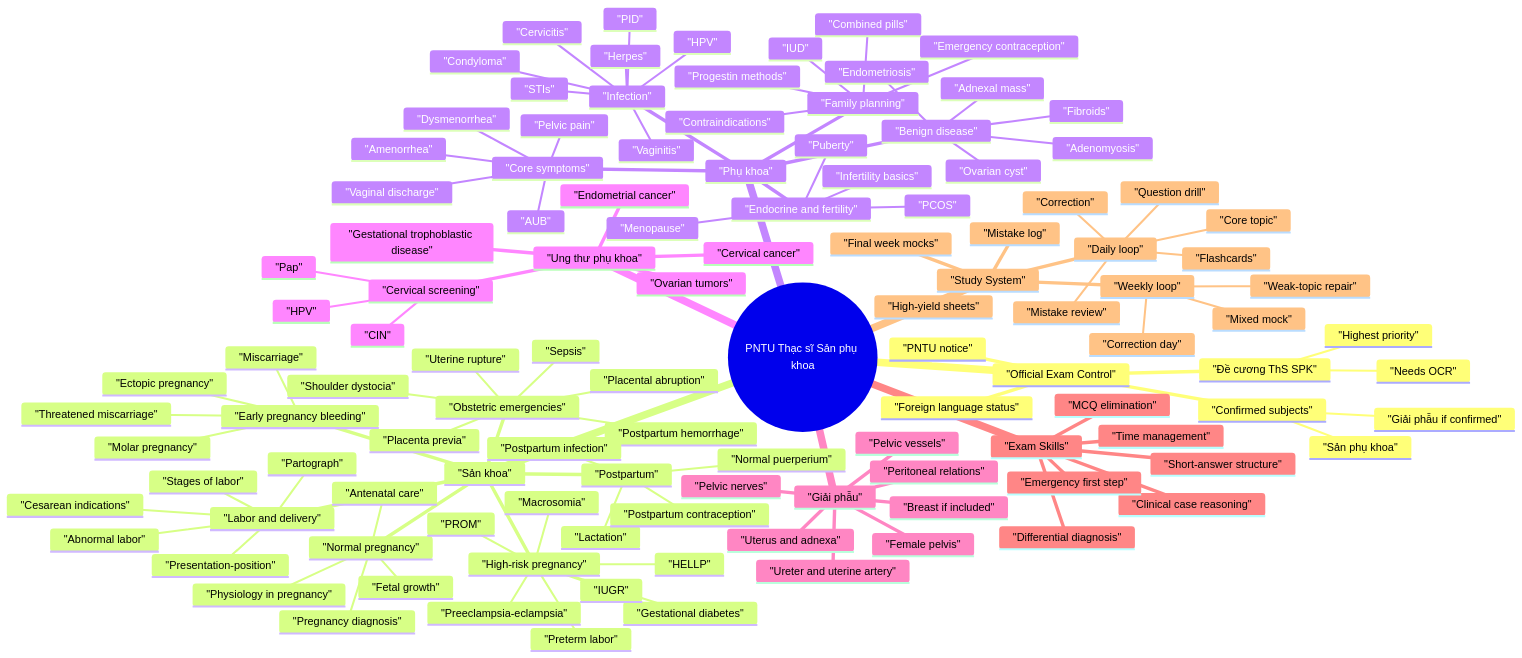
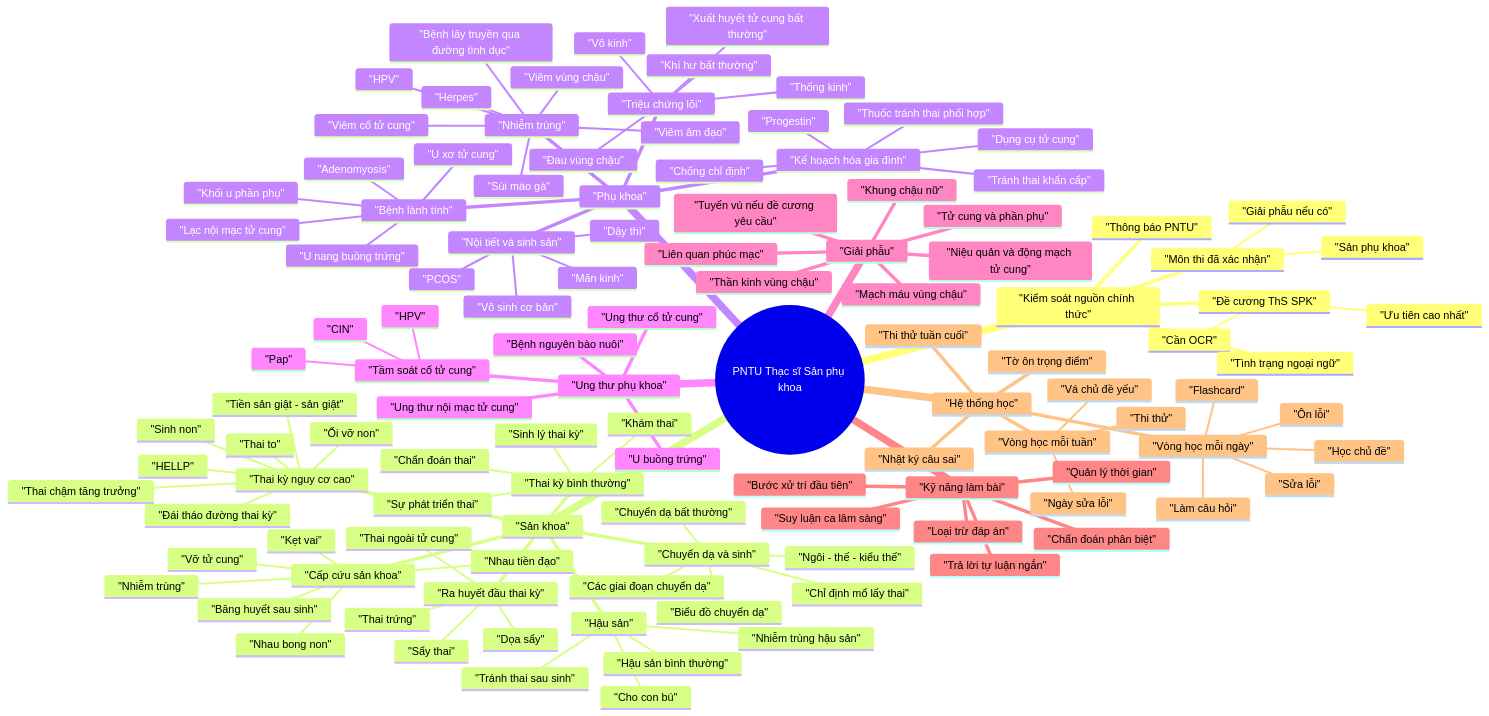
The diagram in knowledge-mind-map-san-phu-khoa.md (Thuandeptrai/PNT-DOCS), drawn with Mermaid before and after one commit. The commit also changed other lines of this file and 4 other files, not shown here.

````diff
--- a/knowledge-mind-map-san-phu-khoa.md
+++ b/knowledge-mind-map-san-phu-khoa.md
@@ -16,120 +17,120 @@
 ```mermaid
 mindmap
   root(("PNTU Thạc sĩ Sản phụ khoa"))
-    "Official Exam Control"
-      "PNTU notice"
+    "Kiểm soát nguồn chính thức"
+      "Thông báo PNTU"
       "Đề cương ThS SPK"
-        "Needs OCR"
-        "Highest priority"
-      "Confirmed subjects"
+        "Cần OCR"
+        "Ưu tiên cao nhất"
+      "Môn thi đã xác nhận"
         "Sản phụ khoa"
-        "Giải phẫu if confirmed"
-      "Foreign language status"
+        "Giải phẫu nếu có"
+      "Tình trạng ngoại ngữ"
     "Sản khoa"
-      "Normal pregnancy"
-        "Physiology in pregnancy"
-        "Antenatal care"
-        "Pregnancy diagnosis"
-        "Fetal growth"
-      "Labor and delivery"
-        "Stages of labor"
-        "Presentation-position"
-        "Partograph"
-        "Abnormal labor"
-        "Cesarean indications"
-      "Early pregnancy bleeding"
-        "Threatened miscarriage"
-        "Miscarriage"
-        "Ectopic pregnancy"
-        "Molar pregnancy"
-      "High-risk pregnancy"
-        "Preeclampsia-eclampsia"
+      "Thai kỳ bình thường"
+        "Sinh lý thai kỳ"
+        "Khám thai"
+        "Chẩn đoán thai"
+        "Sự phát triển thai"
+      "Chuyển dạ và sinh"
+        "Các giai đoạn chuyển dạ"
+        "Ngôi - thế - kiểu thế"
+        "Biểu đồ chuyển dạ"
+        "Chuyển dạ bất thường"
+        "Chỉ định mổ lấy thai"
+      "Ra huyết đầu thai kỳ"
+        "Dọa sẩy"
+        "Sẩy thai"
+        "Thai ngoài tử cung"
+        "Thai trứng"
+      "Thai kỳ nguy cơ cao"
+        "Tiền sản giật - sản giật"
         "HELLP"
-        "Gestational diabetes"
-        "IUGR"
-        "Macrosomia"
-        "Preterm labor"
-        "PROM"
-      "Obstetric emergencies"
-        "Placenta previa"
-        "Placental abruption"
-        "Postpartum hemorrhage"
-        "Uterine rupture"
-        "Shoulder dystocia"
-        "Sepsis"
-      "Postpartum"
-        "Normal puerperium"
-        "Postpartum infection"
-        "Lactation"
-        "Postpartum contraception"
+        "Đái tháo đường thai kỳ"
+        "Thai chậm tăng trưởng"
+        "Thai to"
+        "Sinh non"
+        "Ối vỡ non"
+      "Cấp cứu sản khoa"
+        "Nhau tiền đạo"
+        "Nhau bong non"
+        "Băng huyết sau sinh"
+        "Vỡ tử cung"
+        "Kẹt vai"
+        "Nhiễm trùng"
+      "Hậu sản"
+        "Hậu sản bình thường"
+        "Nhiễm trùng hậu sản"
+        "Cho con bú"
+        "Tránh thai sau sinh"
     "Phụ khoa"
-      "Core symptoms"
-        "AUB"
-        "Amenorrhea"
-        "Dysmenorrhea"
-        "Pelvic pain"
-        "Vaginal discharge"
-      "Infection"
-        "Vaginitis"
-        "Cervicitis"
-        "PID"
-        "STIs"
+      "Triệu chứng lõi"
+        "Xuất huyết tử cung bất thường"
+        "Vô kinh"
+        "Thống kinh"
+        "Đau vùng chậu"
+        "Khí hư bất thường"
+      "Nhiễm trùng"
+        "Viêm âm đạo"
+        "Viêm cổ tử cung"
+        "Viêm vùng chậu"
+        "Bệnh lây truyền qua đường tình dục"
         "HPV"
         "Herpes"
-        "Condyloma"
-      "Benign disease"
-        "Fibroids"
-        "Endometriosis"
+        "Sùi mào gà"
+      "Bệnh lành tính"
+        "U xơ tử cung"
+        "Lạc nội mạc tử cung"
         "Adenomyosis"
-        "Ovarian cyst"
-        "Adnexal mass"
-      "Endocrine and fertility"
+        "U nang buồng trứng"
+        "Khối u phần phụ"
+      "Nội tiết và sinh sản"
         "PCOS"
-        "Puberty"
-        "Menopause"
-        "Infertility basics"
-      "Family planning"
-        "Combined pills"
-        "Progestin methods"
-        "IUD"
-        "Emergency contraception"
-        "Contraindications"
+        "Dậy thì"
+        "Mãn kinh"
+        "Vô sinh cơ bản"
+      "Kế hoạch hóa gia đình"
+        "Thuốc tránh thai phối hợp"
+        "Progestin"
+        "Dụng cụ tử cung"
+        "Tránh thai khẩn cấp"
+        "Chống chỉ định"
     "Ung thư phụ khoa"
-      "Cervical screening"
+      "Tầm soát cổ tử cung"
         "Pap"
         "HPV"
         "CIN"
-      "Cervical cancer"
-      "Endometrial cancer"
-      "Ovarian tumors"
-      "Gestational trophoblastic disease"
+      "Ung thư cổ tử cung"
+      "Ung thư nội mạc tử cung"
+      "U buồng trứng"
+      "Bệnh nguyên bào nuôi"
     "Giải phẫu"
-      "Female pelvis"
-      "Uterus and adnexa"
-      "Pelvic vessels"
-      "Pelvic nerves"
-      "Ureter and uterine artery"
-      "Peritoneal relations"
-      "Breast if included"
-    "Exam Skills"
-      "MCQ elimination"
-      "Short-answer structure"
-      "Clinical case reasoning"
-      "Emergency first step"
-      "Differential diagnosis"
-      "Time management"
-    "Study System"
-      "Daily loop"
-        "Mistake review"
-        "Core topic"
-        "Question drill"
-        "Correction"
-        "Flashcards"
-      "Weekly loop"
-        "Mixed mock"
-        "Correction day"
-        "Weak-topic repair"
-      "Mistake log"
-      "High-yield sheets"
-      "Final week mocks"
+      "Khung chậu nữ"
+      "Tử cung và phần phụ"
+      "Mạch máu vùng chậu"
+      "Thần kinh vùng chậu"
+      "Niệu quản và động mạch tử cung"
+      "Liên quan phúc mạc"
+      "Tuyến vú nếu đề cương yêu cầu"
+    "Kỹ năng làm bài"
+      "Loại trừ đáp án"
+      "Trả lời tự luận ngắn"
+      "Suy luận ca lâm sàng"
+      "Bước xử trí đầu tiên"
+      "Chẩn đoán phân biệt"
+      "Quản lý thời gian"
+    "Hệ thống học"
+      "Vòng học mỗi ngày"
+        "Ôn lỗi"
+        "Học chủ đề"
+        "Làm câu hỏi"
+        "Sửa lỗi"
+        "Flashcard"
+      "Vòng học mỗi tuần"
+        "Thi thử"
+        "Ngày sửa lỗi"
+        "Vá chủ đề yếu"
+      "Nhật ký câu sai"
+      "Tờ ôn trọng điểm"
+      "Thi thử tuần cuối"
 ```
````
